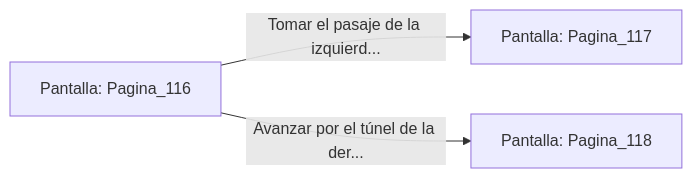
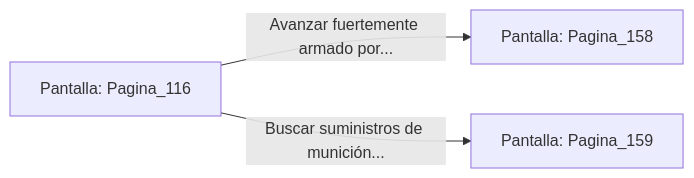
The diagram in sample/eligejuego-vault/Pantalla_Pagina_116.md (metsuke/mpl), drawn with Mermaid before and after one commit. The commit also changed other lines of this file and 635 other files, not shown here.

First line of the commit message:
fix: añadir Pagina_1 como pantalla inicial en capitulo_01.mpl

````diff
--- a/sample/eligejuego-vault/Pantalla_Pagina_116.md
+++ b/sample/eligejuego-vault/Pantalla_Pagina_116.md
@@ -20,6 +22,6 @@
 ```mermaid
 graph LR
     P_Pagina_116["Pantalla: Pagina_116"]
-    P_Pagina_116 -->|"Tomar el pasaje de la izquierd..."| P_Pagina_117["Pantalla: Pagina_117"]
-    P_Pagina_116 -->|"Avanzar por el túnel de la der..."| P_Pagina_118["Pantalla: Pagina_118"]
+    P_Pagina_116 -->|"Avanzar fuertemente armado por..."| P_Pagina_158["Pantalla: Pagina_158"]
+    P_Pagina_116 -->|"Buscar suministros de munición..."| P_Pagina_159["Pantalla: Pagina_159"]
 ```
````
